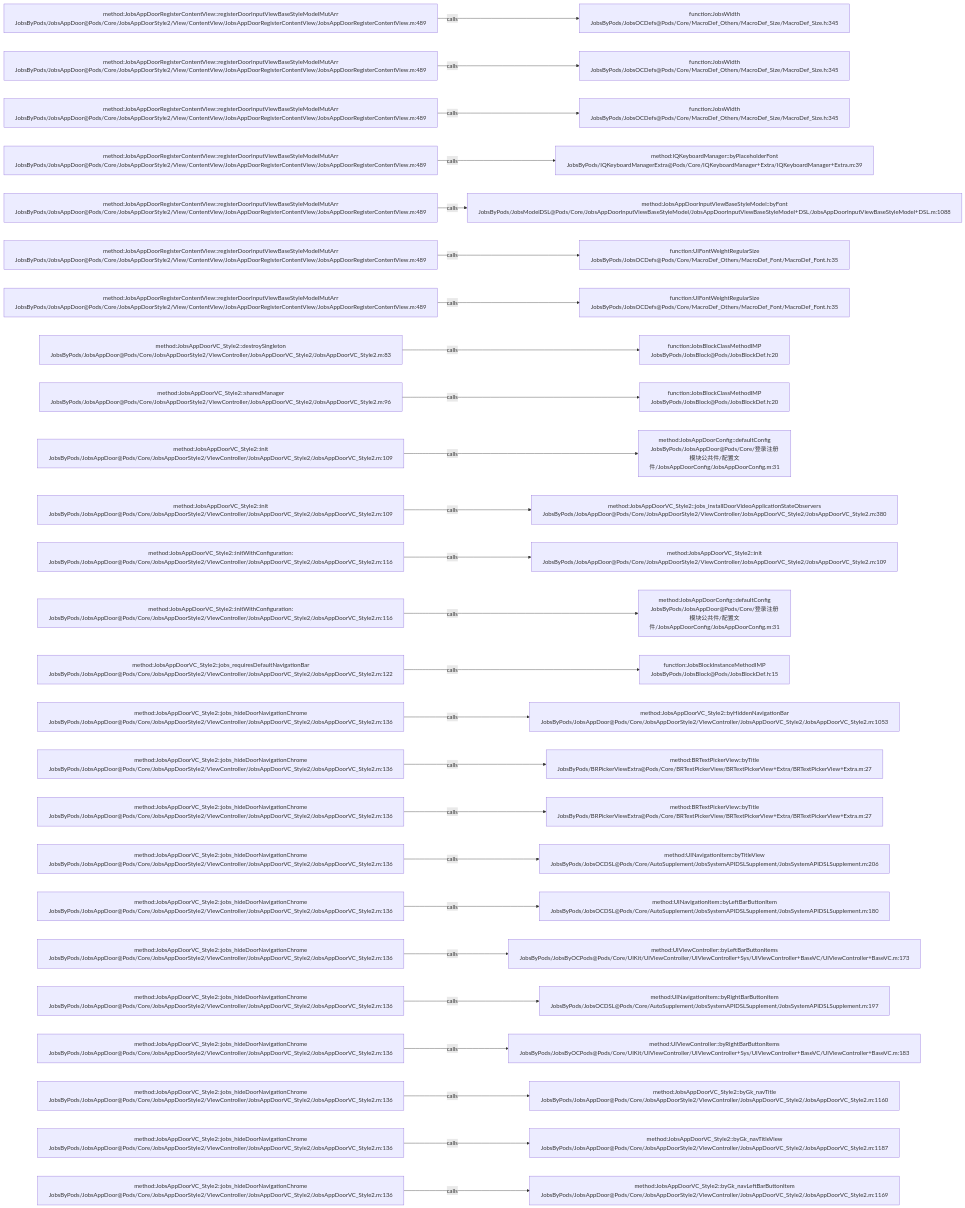
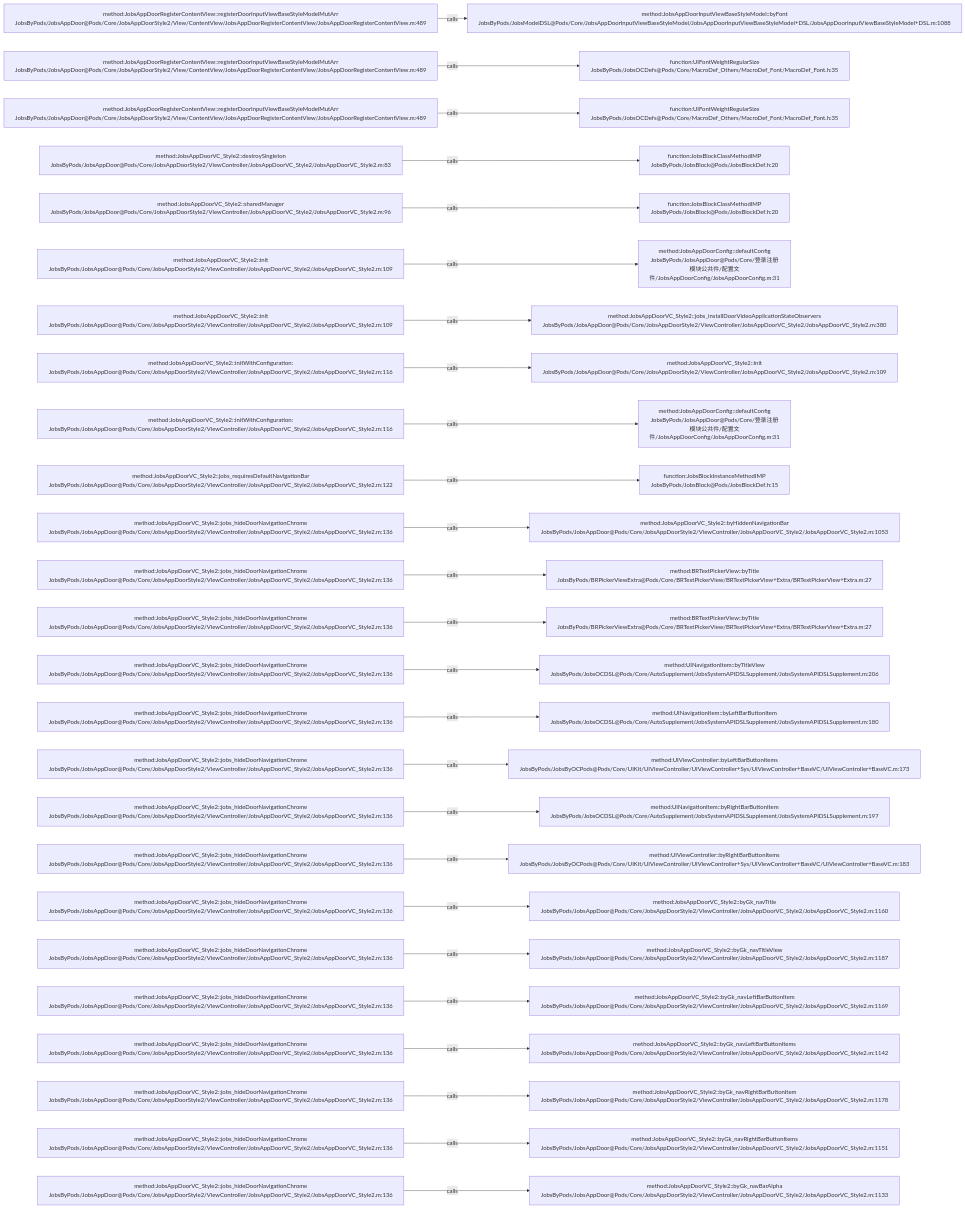
The diagram in .codegraph/codegraph.md/graphs/calls-135.md (JobsKits/JobsOCBaseConfigDemo), drawn with Mermaid before and after one commit. The commit also changed 116 other files, not shown here.

````diff
--- a/.codegraph/codegraph.md/graphs/calls-135.md
+++ b/.codegraph/codegraph.md/graphs/calls-135.md
@@ -13,78 +13,78 @@
 ```mermaid
 flowchart LR
   S1["method:JobsAppDoorRegisterContentView::registerDoorInputViewBaseStyleModelMutArr<br/>JobsByPods/JobsAppDoor@Pods/Core/JobsAppDoorStyle2/View/ContentView/JobsAppDoorRegisterContentView/JobsAppDoorRegisterContentView.m:489"]
-  T1["function:JobsWidth<br/>JobsByPods/JobsOCDefs@Pods/Core/MacroDef_Others/MacroDef_Size/MacroDef_Size.h:345"]
+  T1["method:JobsAppDoorInputViewBaseStyleModel::byFont<br/>JobsByPods/JobsModelDSL@Pods/Core/JobsAppDoorInputViewBaseStyleModel/JobsAppDoorInputViewBaseStyleModel+DSL/JobsAppDoorInputViewBaseStyleModel+DSL.m:1088"]
   S1 -->|calls| T1
   S2["method:JobsAppDoorRegisterContentView::registerDoorInputViewBaseStyleModelMutArr<br/>JobsByPods/JobsAppDoor@Pods/Core/JobsAppDoorStyle2/View/ContentView/JobsAppDoorRegisterContentView/JobsAppDoorRegisterContentView.m:489"]
-  T2["function:JobsWidth<br/>JobsByPods/JobsOCDefs@Pods/Core/MacroDef_Others/MacroDef_Size/MacroDef_Size.h:345"]
+  T2["function:UIFontWeightRegularSize<br/>JobsByPods/JobsOCDefs@Pods/Core/MacroDef_Others/MacroDef_Font/MacroDef_Font.h:35"]
   S2 -->|calls| T2
   S3["method:JobsAppDoorRegisterContentView::registerDoorInputViewBaseStyleModelMutArr<br/>JobsByPods/JobsAppDoor@Pods/Core/JobsAppDoorStyle2/View/ContentView/JobsAppDoorRegisterContentView/JobsAppDoorRegisterContentView.m:489"]
-  T3["function:JobsWidth<br/>JobsByPods/JobsOCDefs@Pods/Core/MacroDef_Others/MacroDef_Size/MacroDef_Size.h:345"]
+  T3["function:UIFontWeightRegularSize<br/>JobsByPods/JobsOCDefs@Pods/Core/MacroDef_Others/MacroDef_Font/MacroDef_Font.h:35"]
   S3 -->|calls| T3
-  S4["method:JobsAppDoorRegisterContentView::registerDoorInputViewBaseStyleModelMutArr<br/>JobsByPods/JobsAppDoor@Pods/Core/JobsAppDoorStyle2/View/ContentView/JobsAppDoorRegisterContentView/JobsAppDoorRegisterContentView.m:489"]
-  T4["method:IQKeyboardManager::byPlaceholderFont<br/>JobsByPods/IQKeyboardManagerExtra@Pods/Core/IQKeyboardManager+Extra/IQKeyboardManager+Extra.m:39"]
+  S4["method:JobsAppDoorVC_Style2::destroySingleton<br/>JobsByPods/JobsAppDoor@Pods/Core/JobsAppDoorStyle2/ViewController/JobsAppDoorVC_Style2/JobsAppDoorVC_Style2.m:83"]
+  T4["function:JobsBlockClassMethodIMP<br/>JobsByPods/JobsBlock@Pods/JobsBlockDef.h:20"]
   S4 -->|calls| T4
-  S5["method:JobsAppDoorRegisterContentView::registerDoorInputViewBaseStyleModelMutArr<br/>JobsByPods/JobsAppDoor@Pods/Core/JobsAppDoorStyle2/View/ContentView/JobsAppDoorRegisterContentView/JobsAppDoorRegisterContentView.m:489"]
-  T5["method:JobsAppDoorInputViewBaseStyleModel::byFont<br/>JobsByPods/JobsModelDSL@Pods/Core/JobsAppDoorInputViewBaseStyleModel/JobsAppDoorInputViewBaseStyleModel+DSL/JobsAppDoorInputViewBaseStyleModel+DSL.m:1088"]
+  S5["method:JobsAppDoorVC_Style2::sharedManager<br/>JobsByPods/JobsAppDoor@Pods/Core/JobsAppDoorStyle2/ViewController/JobsAppDoorVC_Style2/JobsAppDoorVC_Style2.m:96"]
+  T5["function:JobsBlockClassMethodIMP<br/>JobsByPods/JobsBlock@Pods/JobsBlockDef.h:20"]
   S5 -->|calls| T5
-  S6["method:JobsAppDoorRegisterContentView::registerDoorInputViewBaseStyleModelMutArr<br/>JobsByPods/JobsAppDoor@Pods/Core/JobsAppDoorStyle2/View/ContentView/JobsAppDoorRegisterContentView/JobsAppDoorRegisterContentView.m:489"]
-  T6["function:UIFontWeightRegularSize<br/>JobsByPods/JobsOCDefs@Pods/Core/MacroDef_Others/MacroDef_Font/MacroDef_Font.h:35"]
+  S6["method:JobsAppDoorVC_Style2::init<br/>JobsByPods/JobsAppDoor@Pods/Core/JobsAppDoorStyle2/ViewController/JobsAppDoorVC_Style2/JobsAppDoorVC_Style2.m:109"]
+  T6["method:JobsAppDoorConfig::defaultConfig<br/>JobsByPods/JobsAppDoor@Pods/Core/登录注册模块公共件/配置文件/JobsAppDoorConfig/JobsAppDoorConfig.m:31"]
   S6 -->|calls| T6
-  S7["method:JobsAppDoorRegisterContentView::registerDoorInputViewBaseStyleModelMutArr<br/>JobsByPods/JobsAppDoor@Pods/Core/JobsAppDoorStyle2/View/ContentView/JobsAppDoorRegisterContentView/JobsAppDoorRegisterContentView.m:489"]
-  T7["function:UIFontWeightRegularSize<br/>JobsByPods/JobsOCDefs@Pods/Core/MacroDef_Others/MacroDef_Font/MacroDef_Font.h:35"]
+  S7["method:JobsAppDoorVC_Style2::init<br/>JobsByPods/JobsAppDoor@Pods/Core/JobsAppDoorStyle2/ViewController/JobsAppDoorVC_Style2/JobsAppDoorVC_Style2.m:109"]
+  T7["method:JobsAppDoorVC_Style2::jobs_installDoorVideoApplicationStateObservers<br/>JobsByPods/JobsAppDoor@Pods/Core/JobsAppDoorStyle2/ViewController/JobsAppDoorVC_Style2/JobsAppDoorVC_Style2.m:380"]
   S7 -->|calls| T7
-  S8["method:JobsAppDoorVC_Style2::destroySingleton<br/>JobsByPods/JobsAppDoor@Pods/Core/JobsAppDoorStyle2/ViewController/JobsAppDoorVC_Style2/JobsAppDoorVC_Style2.m:83"]
-  T8["function:JobsBlockClassMethodIMP<br/>JobsByPods/JobsBlock@Pods/JobsBlockDef.h:20"]
+  S8["method:JobsAppDoorVC_Style2::initWithConfiguration:<br/>JobsByPods/JobsAppDoor@Pods/Core/JobsAppDoorStyle2/ViewController/JobsAppDoorVC_Style2/JobsAppDoorVC_Style2.m:116"]
+  T8["method:JobsAppDoorVC_Style2::init<br/>JobsByPods/JobsAppDoor@Pods/Core/JobsAppDoorStyle2/ViewController/JobsAppDoorVC_Style2/JobsAppDoorVC_Style2.m:109"]
   S8 -->|calls| T8
-  S9["method:JobsAppDoorVC_Style2::sharedManager<br/>JobsByPods/JobsAppDoor@Pods/Core/JobsAppDoorStyle2/ViewController/JobsAppDoorVC_Style2/JobsAppDoorVC_Style2.m:96"]
-  T9["function:JobsBlockClassMethodIMP<br/>JobsByPods/JobsBlock@Pods/JobsBlockDef.h:20"]
+  S9["method:JobsAppDoorVC_Style2::initWithConfiguration:<br/>JobsByPods/JobsAppDoor@Pods/Core/JobsAppDoorStyle2/ViewController/JobsAppDoorVC_Style2/JobsAppDoorVC_Style2.m:116"]
+  T9["method:JobsAppDoorConfig::defaultConfig<br/>JobsByPods/JobsAppDoor@Pods/Core/登录注册模块公共件/配置文件/JobsAppDoorConfig/JobsAppDoorConfig.m:31"]
   S9 -->|calls| T9
-  S10["method:JobsAppDoorVC_Style2::init<br/>JobsByPods/JobsAppDoor@Pods/Core/JobsAppDoorStyle2/ViewController/JobsAppDoorVC_Style2/JobsAppDoorVC_Style2.m:109"]
-  T10["method:JobsAppDoorConfig::defaultConfig<br/>JobsByPods/JobsAppDoor@Pods/Core/登录注册模块公共件/配置文件/JobsAppDoorConfig/JobsAppDoorConfig.m:31"]
+  S10["method:JobsAppDoorVC_Style2::jobs_requiresDefaultNavigationBar<br/>JobsByPods/JobsAppDoor@Pods/Core/JobsAppDoorStyle2/ViewController/JobsAppDoorVC_Style2/JobsAppDoorVC_Style2.m:122"]
+  T10["function:JobsBlockInstanceMethodIMP<br/>JobsByPods/JobsBlock@Pods/JobsBlockDef.h:15"]
   S10 -->|calls| T10
-  S11["method:JobsAppDoorVC_Style2::init<br/>JobsByPods/JobsAppDoor@Pods/Core/JobsAppDoorStyle2/ViewController/JobsAppDoorVC_Style2/JobsAppDoorVC_Style2.m:109"]
-  T11["method:JobsAppDoorVC_Style2::jobs_installDoorVideoApplicationStateObservers<br/>JobsByPods/JobsAppDoor@Pods/Core/JobsAppDoorStyle2/ViewController/JobsAppDoorVC_Style2/JobsAppDoorVC_Style2.m:380"]
+  S11["method:JobsAppDoorVC_Style2::jobs_hideDoorNavigationChrome<br/>JobsByPods/JobsAppDoor@Pods/Core/JobsAppDoorStyle2/ViewController/JobsAppDoorVC_Style2/JobsAppDoorVC_Style2.m:136"]
+  T11["method:JobsAppDoorVC_Style2::byHiddenNavigationBar<br/>JobsByPods/JobsAppDoor@Pods/Core/JobsAppDoorStyle2/ViewController/JobsAppDoorVC_Style2/JobsAppDoorVC_Style2.m:1053"]
   S11 -->|calls| T11
-  S12["method:JobsAppDoorVC_Style2::initWithConfiguration:<br/>JobsByPods/JobsAppDoor@Pods/Core/JobsAppDoorStyle2/ViewController/JobsAppDoorVC_Style2/JobsAppDoorVC_Style2.m:116"]
-  T12["method:JobsAppDoorVC_Style2::init<br/>JobsByPods/JobsAppDoor@Pods/Core/JobsAppDoorStyle2/ViewController/JobsAppDoorVC_Style2/JobsAppDoorVC_Style2.m:109"]
+  S12["method:JobsAppDoorVC_Style2::jobs_hideDoorNavigationChrome<br/>JobsByPods/JobsAppDoor@Pods/Core/JobsAppDoorStyle2/ViewController/JobsAppDoorVC_Style2/JobsAppDoorVC_Style2.m:136"]
+  T12["method:BRTextPickerView::byTitle<br/>JobsByPods/BRPickerViewExtra@Pods/Core/BRTextPickerView/BRTextPickerView+Extra/BRTextPickerView+Extra.m:27"]
   S12 -->|calls| T12
-  S13["method:JobsAppDoorVC_Style2::initWithConfiguration:<br/>JobsByPods/JobsAppDoor@Pods/Core/JobsAppDoorStyle2/ViewController/JobsAppDoorVC_Style2/JobsAppDoorVC_Style2.m:116"]
-  T13["method:JobsAppDoorConfig::defaultConfig<br/>JobsByPods/JobsAppDoor@Pods/Core/登录注册模块公共件/配置文件/JobsAppDoorConfig/JobsAppDoorConfig.m:31"]
+  S13["method:JobsAppDoorVC_Style2::jobs_hideDoorNavigationChrome<br/>JobsByPods/JobsAppDoor@Pods/Core/JobsAppDoorStyle2/ViewController/JobsAppDoorVC_Style2/JobsAppDoorVC_Style2.m:136"]
+  T13["method:BRTextPickerView::byTitle<br/>JobsByPods/BRPickerViewExtra@Pods/Core/BRTextPickerView/BRTextPickerView+Extra/BRTextPickerView+Extra.m:27"]
   S13 -->|calls| T13
-  S14["method:JobsAppDoorVC_Style2::jobs_requiresDefaultNavigationBar<br/>JobsByPods/JobsAppDoor@Pods/Core/JobsAppDoorStyle2/ViewController/JobsAppDoorVC_Style2/JobsAppDoorVC_Style2.m:122"]
-  T14["function:JobsBlockInstanceMethodIMP<br/>JobsByPods/JobsBlock@Pods/JobsBlockDef.h:15"]
+  S14["method:JobsAppDoorVC_Style2::jobs_hideDoorNavigationChrome<br/>JobsByPods/JobsAppDoor@Pods/Core/JobsAppDoorStyle2/ViewController/JobsAppDoorVC_Style2/JobsAppDoorVC_Style2.m:136"]
+  T14["method:UINavigationItem::byTitleView<br/>JobsByPods/JobsOCDSL@Pods/Core/AutoSupplement/JobsSystemAPIDSLSupplement/JobsSystemAPIDSLSupplement.m:206"]
   S14 -->|calls| T14
   S15["method:JobsAppDoorVC_Style2::jobs_hideDoorNavigationChrome<br/>JobsByPods/JobsAppDoor@Pods/Core/JobsAppDoorStyle2/ViewController/JobsAppDoorVC_Style2/JobsAppDoorVC_Style2.m:136"]
-  T15["method:JobsAppDoorVC_Style2::byHiddenNavigationBar<br/>JobsByPods/JobsAppDoor@Pods/Core/JobsAppDoorStyle2/ViewController/JobsAppDoorVC_Style2/JobsAppDoorVC_Style2.m:1053"]
+  T15["method:UINavigationItem::byLeftBarButtonItem<br/>JobsByPods/JobsOCDSL@Pods/Core/AutoSupplement/JobsSystemAPIDSLSupplement/JobsSystemAPIDSLSupplement.m:180"]
   S15 -->|calls| T15
   S16["method:JobsAppDoorVC_Style2::jobs_hideDoorNavigationChrome<br/>JobsByPods/JobsAppDoor@Pods/Core/JobsAppDoorStyle2/ViewController/JobsAppDoorVC_Style2/JobsAppDoorVC_Style2.m:136"]
-  T16["method:BRTextPickerView::byTitle<br/>JobsByPods/BRPickerViewExtra@Pods/Core/BRTextPickerView/BRTextPickerView+Extra/BRTextPickerView+Extra.m:27"]
+  T16["method:UIViewController::byLeftBarButtonItems<br/>JobsByPods/JobsByOCPods@Pods/Core/UIKit/UIViewController/UIViewController+Sys/UIViewController+BaseVC/UIViewController+BaseVC.m:173"]
   S16 -->|calls| T16
   S17["method:JobsAppDoorVC_Style2::jobs_hideDoorNavigationChrome<br/>JobsByPods/JobsAppDoor@Pods/Core/JobsAppDoorStyle2/ViewController/JobsAppDoorVC_Style2/JobsAppDoorVC_Style2.m:136"]
-  T17["method:BRTextPickerView::byTitle<br/>JobsByPods/BRPickerViewExtra@Pods/Core/BRTextPickerView/BRTextPickerView+Extra/BRTextPickerView+Extra.m:27"]
+  T17["method:UINavigationItem::byRightBarButtonItem<br/>JobsByPods/JobsOCDSL@Pods/Core/AutoSupplement/JobsSystemAPIDSLSupplement/JobsSystemAPIDSLSupplement.m:197"]
   S17 -->|calls| T17
   S18["method:JobsAppDoorVC_Style2::jobs_hideDoorNavigationChrome<br/>JobsByPods/JobsAppDoor@Pods/Core/JobsAppDoorStyle2/ViewController/JobsAppDoorVC_Style2/JobsAppDoorVC_Style2.m:136"]
-  T18["method:UINavigationItem::byTitleView<br/>JobsByPods/JobsOCDSL@Pods/Core/AutoSupplement/JobsSystemAPIDSLSupplement/JobsSystemAPIDSLSupplement.m:206"]
+  T18["method:UIViewController::byRightBarButtonItems<br/>JobsByPods/JobsByOCPods@Pods/Core/UIKit/UIViewController/UIViewController+Sys/UIViewController+BaseVC/UIViewController+BaseVC.m:183"]
   S18 -->|calls| T18
   S19["method:JobsAppDoorVC_Style2::jobs_hideDoorNavigationChrome<br/>JobsByPods/JobsAppDoor@Pods/Core/JobsAppDoorStyle2/ViewController/JobsAppDoorVC_Style2/JobsAppDoorVC_Style2.m:136"]
-  T19["method:UINavigationItem::byLeftBarButtonItem<br/>JobsByPods/JobsOCDSL@Pods/Core/AutoSupplement/JobsSystemAPIDSLSupplement/JobsSystemAPIDSLSupplement.m:180"]
+  T19["method:JobsAppDoorVC_Style2::byGk_navTitle<br/>JobsByPods/JobsAppDoor@Pods/Core/JobsAppDoorStyle2/ViewController/JobsAppDoorVC_Style2/JobsAppDoorVC_Style2.m:1160"]
   S19 -->|calls| T19
   S20["method:JobsAppDoorVC_Style2::jobs_hideDoorNavigationChrome<br/>JobsByPods/JobsAppDoor@Pods/Core/JobsAppDoorStyle2/ViewController/JobsAppDoorVC_Style2/JobsAppDoorVC_Style2.m:136"]
-  T20["method:UIViewController::byLeftBarButtonItems<br/>JobsByPods/JobsByOCPods@Pods/Core/UIKit/UIViewController/UIViewController+Sys/UIViewController+BaseVC/UIViewController+BaseVC.m:173"]
+  T20["method:JobsAppDoorVC_Style2::byGk_navTitleView<br/>JobsByPods/JobsAppDoor@Pods/Core/JobsAppDoorStyle2/ViewController/JobsAppDoorVC_Style2/JobsAppDoorVC_Style2.m:1187"]
   S20 -->|calls| T20
   S21["method:JobsAppDoorVC_Style2::jobs_hideDoorNavigationChrome<br/>JobsByPods/JobsAppDoor@Pods/Core/JobsAppDoorStyle2/ViewController/JobsAppDoorVC_Style2/JobsAppDoorVC_Style2.m:136"]
-  T21["method:UINavigationItem::byRightBarButtonItem<br/>JobsByPods/JobsOCDSL@Pods/Core/AutoSupplement/JobsSystemAPIDSLSupplement/JobsSystemAPIDSLSupplement.m:197"]
+  T21["method:JobsAppDoorVC_Style2::byGk_navLeftBarButtonItem<br/>JobsByPods/JobsAppDoor@Pods/Core/JobsAppDoorStyle2/ViewController/JobsAppDoorVC_Style2/JobsAppDoorVC_Style2.m:1169"]
   S21 -->|calls| T21
   S22["method:JobsAppDoorVC_Style2::jobs_hideDoorNavigationChrome<br/>JobsByPods/JobsAppDoor@Pods/Core/JobsAppDoorStyle2/ViewController/JobsAppDoorVC_Style2/JobsAppDoorVC_Style2.m:136"]
-  T22["method:UIViewController::byRightBarButtonItems<br/>JobsByPods/JobsByOCPods@Pods/Core/UIKit/UIViewController/UIViewController+Sys/UIViewController+BaseVC/UIViewController+BaseVC.m:183"]
+  T22["method:JobsAppDoorVC_Style2::byGk_navLeftBarButtonItems<br/>JobsByPods/JobsAppDoor@Pods/Core/JobsAppDoorStyle2/ViewController/JobsAppDoorVC_Style2/JobsAppDoorVC_Style2.m:1142"]
   S22 -->|calls| T22
   S23["method:JobsAppDoorVC_Style2::jobs_hideDoorNavigationChrome<br/>JobsByPods/JobsAppDoor@Pods/Core/JobsAppDoorStyle2/ViewController/JobsAppDoorVC_Style2/JobsAppDoorVC_Style2.m:136"]
-  T23["method:JobsAppDoorVC_Style2::byGk_navTitle<br/>JobsByPods/JobsAppDoor@Pods/Core/JobsAppDoorStyle2/ViewController/JobsAppDoorVC_Style2/JobsAppDoorVC_Style2.m:1160"]
+  T23["method:JobsAppDoorVC_Style2::byGk_navRightBarButtonItem<br/>JobsByPods/JobsAppDoor@Pods/Core/JobsAppDoorStyle2/ViewController/JobsAppDoorVC_Style2/JobsAppDoorVC_Style2.m:1178"]
   S23 -->|calls| T23
   S24["method:JobsAppDoorVC_Style2::jobs_hideDoorNavigationChrome<br/>JobsByPods/JobsAppDoor@Pods/Core/JobsAppDoorStyle2/ViewController/JobsAppDoorVC_Style2/JobsAppDoorVC_Style2.m:136"]
-  T24["method:JobsAppDoorVC_Style2::byGk_navTitleView<br/>JobsByPods/JobsAppDoor@Pods/Core/JobsAppDoorStyle2/ViewController/JobsAppDoorVC_Style2/JobsAppDoorVC_Style2.m:1187"]
+  T24["method:JobsAppDoorVC_Style2::byGk_navRightBarButtonItems<br/>JobsByPods/JobsAppDoor@Pods/Core/JobsAppDoorStyle2/ViewController/JobsAppDoorVC_Style2/JobsAppDoorVC_Style2.m:1151"]
   S24 -->|calls| T24
   S25["method:JobsAppDoorVC_Style2::jobs_hideDoorNavigationChrome<br/>JobsByPods/JobsAppDoor@Pods/Core/JobsAppDoorStyle2/ViewController/JobsAppDoorVC_Style2/JobsAppDoorVC_Style2.m:136"]
-  T25["method:JobsAppDoorVC_Style2::byGk_navLeftBarButtonItem<br/>JobsByPods/JobsAppDoor@Pods/Core/JobsAppDoorStyle2/ViewController/JobsAppDoorVC_Style2/JobsAppDoorVC_Style2.m:1169"]
+  T25["method:JobsAppDoorVC_Style2::byGk_navBarAlpha<br/>JobsByPods/JobsAppDoor@Pods/Core/JobsAppDoorStyle2/ViewController/JobsAppDoorVC_Style2/JobsAppDoorVC_Style2.m:1133"]
   S25 -->|calls| T25
 ```
````
